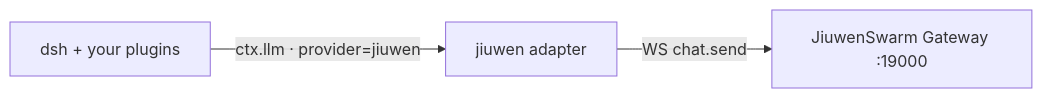
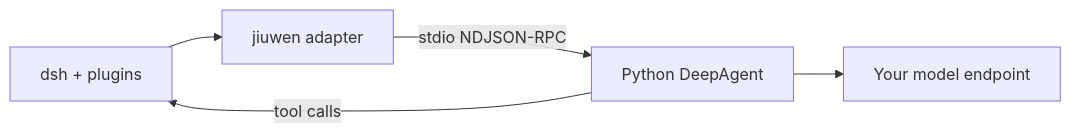
Before and after one commit to ThinkFlowLab/dsh-jiuwen-adapter: the diagram in README.md, drawn with Mermaid. The commit also changed other lines of this file and 14 other files, not shown here.

````diff
--- a/README.md
+++ b/README.md
@@ -21,4 +24,6 @@
 ```mermaid
 flowchart LR
-  D["dsh + your plugins"] -->|ctx.llm · provider=jiuwen| A["jiuwen adapter"] -->|"WS chat.send"| G["JiuwenSwarm Gateway :19000"]
+  D["dsh + plugins"] --> A["jiuwen adapter"] -->|"stdio NDJSON-RPC"| C["Python DeepAgent"]
+  C -->|"tool calls"| D
+  C --> M["Your model endpoint"]
 ```
````
